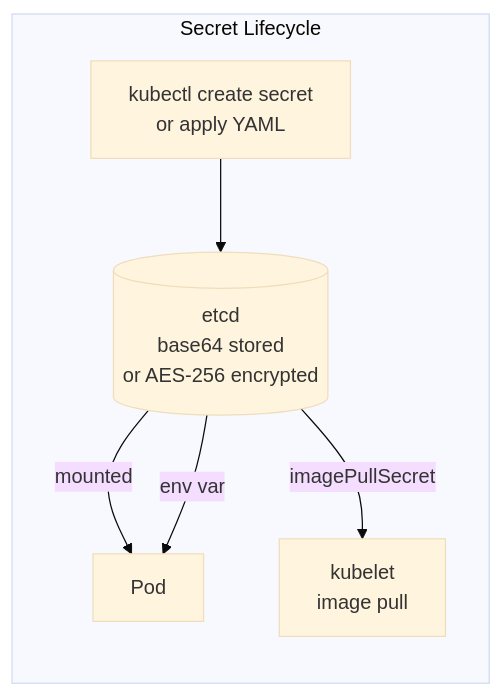
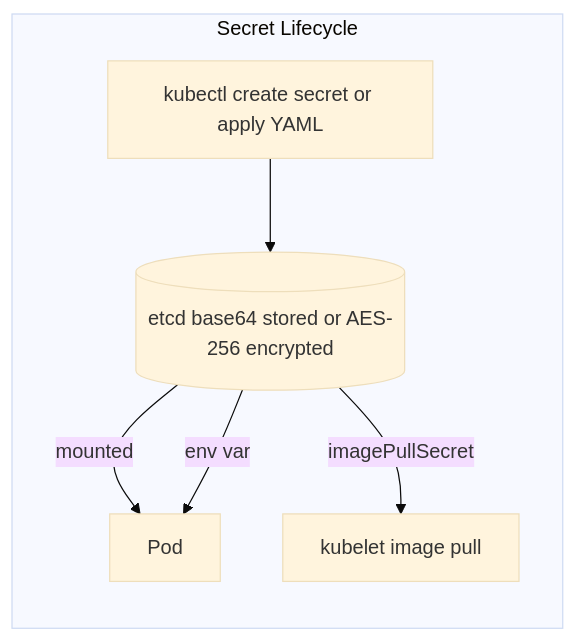
One commit to UncleJS/course_k3s changed the first of 6 diagrams in 09_security/04_secrets_management.md. Above: the diagram before and after it, drawn with Mermaid (base theme). The commit also changed other lines of this file and 57 other files, not shown here.

````diff
--- a/09_security/04_secrets_management.md
+++ b/09_security/04_secrets_management.md
@@ -32,9 +32,9 @@
 ```mermaid
 graph LR
     subgraph "Secret Lifecycle"
-        CREATE[kubectl create secret\nor apply YAML] --> ETCD[(etcd\nbase64 stored\nor AES-256 encrypted)]
+        CREATE[kubectl create secret or apply YAML] --> ETCD[(etcd base64 stored or AES-256 encrypted)]
         ETCD -->|mounted| POD[Pod]
         ETCD -->|env var| POD
-        ETCD -->|imagePullSecret| KUBELET[kubelet\nimage pull]
+        ETCD -->|imagePullSecret| KUBELET[kubelet image pull]
     end
 ```
````
